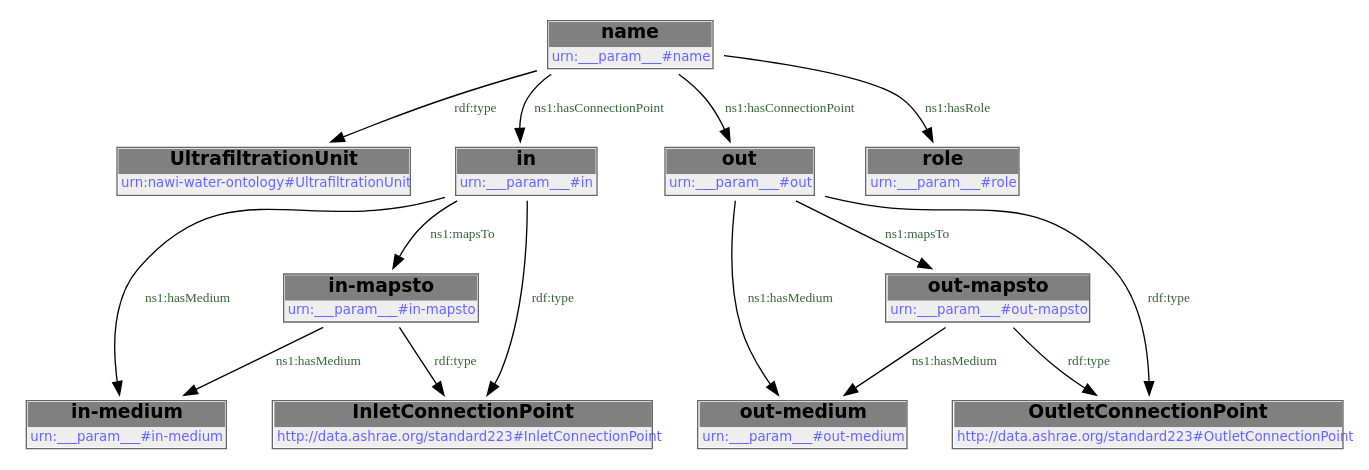
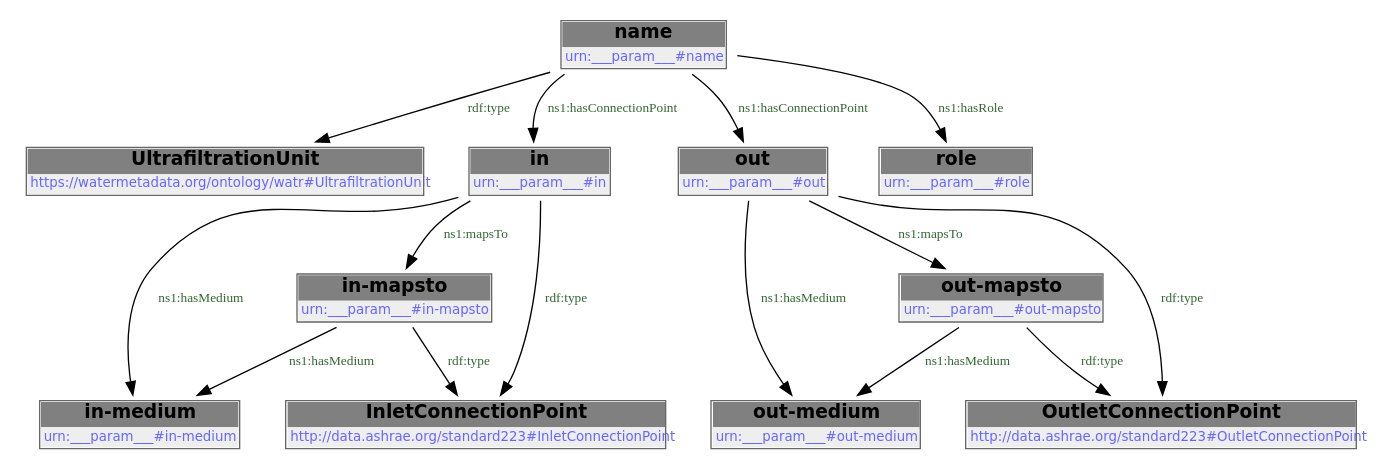
One commit to DataDrivenCPS/water-ontology changed the second of 2 diagrams in docs/libraries/templates/uf-unit.rst. Above: the diagram before and after it, drawn with Graphviz. The commit also changed other lines of this file and 43 other files, not shown here.

First line of the commit message:
feat: move ontology to https://watermetadata.org base URI

```diff
--- a/docs/libraries/templates/uf-unit.rst
+++ b/docs/libraries/templates/uf-unit.rst
@@ -96,30 +96,30 @@
         .. graphviz::
 
                 digraph G {
             node [fontname="DejaVu Sans"];
             node0 -> node1 [color=BLACK, label=< <font point-size='10' color='#336633'>ns1:hasMedium</font> >];
             node2 -> node3 [color=BLACK, label=< <font point-size='10' color='#336633'>rdf:type</font> >];
             node4 -> node5 [color=BLACK, label=< <font point-size='10' color='#336633'>ns1:hasMedium</font> >];
             node2 -> node6 [color=BLACK, label=< <font point-size='10' color='#336633'>ns1:hasConnectionPoint</font> >];
             node2 -> node4 [color=BLACK, label=< <font point-size='10' color='#336633'>ns1:hasConnectionPoint</font> >];
             node7 -> node5 [color=BLACK, label=< <font point-size='10' color='#336633'>ns1:hasMedium</font> >];
             node2 -> node8 [color=BLACK, label=< <font point-size='10' color='#336633'>ns1:hasRole</font> >];
             node6 -> node1 [color=BLACK, label=< <font point-size='10' color='#336633'>ns1:hasMedium</font> >];
             node6 -> node0 [color=BLACK, label=< <font point-size='10' color='#336633'>ns1:mapsTo</font> >];
             node4 -> node9 [color=BLACK, label=< <font point-size='10' color='#336633'>rdf:type</font> >];
             node0 -> node10 [color=BLACK, label=< <font point-size='10' color='#336633'>rdf:type</font> >];
             node7 -> node9 [color=BLACK, label=< <font point-size='10' color='#336633'>rdf:type</font> >];
             node4 -> node7 [color=BLACK, label=< <font point-size='10' color='#336633'>ns1:mapsTo</font> >];
             node6 -> node10 [color=BLACK, label=< <font point-size='10' color='#336633'>rdf:type</font> >];
             node0 [shape=none, color=black, label=< <table color='#666666' cellborder='0' cellspacing='0' border='1'><tr><td colspan='2' bgcolor='grey'><B>out-mapsto</B></td></tr><tr><td href='urn:___param___#out-mapsto' bgcolor='#eeeeee' colspan='2'><font point-size='10' color='#6666ff'>urn:___param___#out-mapsto</font></td></tr></table> >];
             node1 [shape=none, color=black, label=< <table color='#666666' cellborder='0' cellspacing='0' border='1'><tr><td colspan='2' bgcolor='grey'><B>out-medium</B></td></tr><tr><td href='urn:___param___#out-medium' bgcolor='#eeeeee' colspan='2'><font point-size='10' color='#6666ff'>urn:___param___#out-medium</font></td></tr></table> >];
             node2 [shape=none, color=black, label=< <table color='#666666' cellborder='0' cellspacing='0' border='1'><tr><td colspan='2' bgcolor='grey'><B>name</B></td></tr><tr><td href='urn:___param___#name' bgcolor='#eeeeee' colspan='2'><font point-size='10' color='#6666ff'>urn:___param___#name</font></td></tr></table> >];
-            node3 [shape=none, color=black, label=< <table color='#666666' cellborder='0' cellspacing='0' border='1'><tr><td colspan='2' bgcolor='grey'><B>UltrafiltrationUnit</B></td></tr><tr><td href='urn:nawi-water-ontology#UltrafiltrationUnit' bgcolor='#eeeeee' colspan='2'><font point-size='10' color='#6666ff'>urn:nawi-water-ontology#UltrafiltrationUnit</font></td></tr></table> >];
+            node3 [shape=none, color=black, label=< <table color='#666666' cellborder='0' cellspacing='0' border='1'><tr><td colspan='2' bgcolor='grey'><B>UltrafiltrationUnit</B></td></tr><tr><td href='https://watermetadata.org/ontology/watr#UltrafiltrationUnit' bgcolor='#eeeeee' colspan='2'><font point-size='10' color='#6666ff'>https://watermetadata.org/ontology/watr#UltrafiltrationUnit</font></td></tr></table> >];
             node4 [shape=none, color=black, label=< <table color='#666666' cellborder='0' cellspacing='0' border='1'><tr><td colspan='2' bgcolor='grey'><B>in</B></td></tr><tr><td href='urn:___param___#in' bgcolor='#eeeeee' colspan='2'><font point-size='10' color='#6666ff'>urn:___param___#in</font></td></tr></table> >];
             node5 [shape=none, color=black, label=< <table color='#666666' cellborder='0' cellspacing='0' border='1'><tr><td colspan='2' bgcolor='grey'><B>in-medium</B></td></tr><tr><td href='urn:___param___#in-medium' bgcolor='#eeeeee' colspan='2'><font point-size='10' color='#6666ff'>urn:___param___#in-medium</font></td></tr></table> >];
             node6 [shape=none, color=black, label=< <table color='#666666' cellborder='0' cellspacing='0' border='1'><tr><td colspan='2' bgcolor='grey'><B>out</B></td></tr><tr><td href='urn:___param___#out' bgcolor='#eeeeee' colspan='2'><font point-size='10' color='#6666ff'>urn:___param___#out</font></td></tr></table> >];
             node7 [shape=none, color=black, label=< <table color='#666666' cellborder='0' cellspacing='0' border='1'><tr><td colspan='2' bgcolor='grey'><B>in-mapsto</B></td></tr><tr><td href='urn:___param___#in-mapsto' bgcolor='#eeeeee' colspan='2'><font point-size='10' color='#6666ff'>urn:___param___#in-mapsto</font></td></tr></table> >];
             node8 [shape=none, color=black, label=< <table color='#666666' cellborder='0' cellspacing='0' border='1'><tr><td colspan='2' bgcolor='grey'><B>role</B></td></tr><tr><td href='urn:___param___#role' bgcolor='#eeeeee' colspan='2'><font point-size='10' color='#6666ff'>urn:___param___#role</font></td></tr></table> >];
             node9 [shape=none, color=black, label=< <table color='#666666' cellborder='0' cellspacing='0' border='1'><tr><td colspan='2' bgcolor='grey'><B>InletConnectionPoint</B></td></tr><tr><td href='http://data.ashrae.org/standard223#InletConnectionPoint' bgcolor='#eeeeee' colspan='2'><font point-size='10' color='#6666ff'>http://data.ashrae.org/standard223#InletConnectionPoint</font></td></tr></table> >];
             node10 [shape=none, color=black, label=< <table color='#666666' cellborder='0' cellspacing='0' border='1'><tr><td colspan='2' bgcolor='grey'><B>OutletConnectionPoint</B></td></tr><tr><td href='http://data.ashrae.org/standard223#OutletConnectionPoint' bgcolor='#eeeeee' colspan='2'><font point-size='10' color='#6666ff'>http://data.ashrae.org/standard223#OutletConnectionPoint</font></td></tr></table> >];
             }
```
